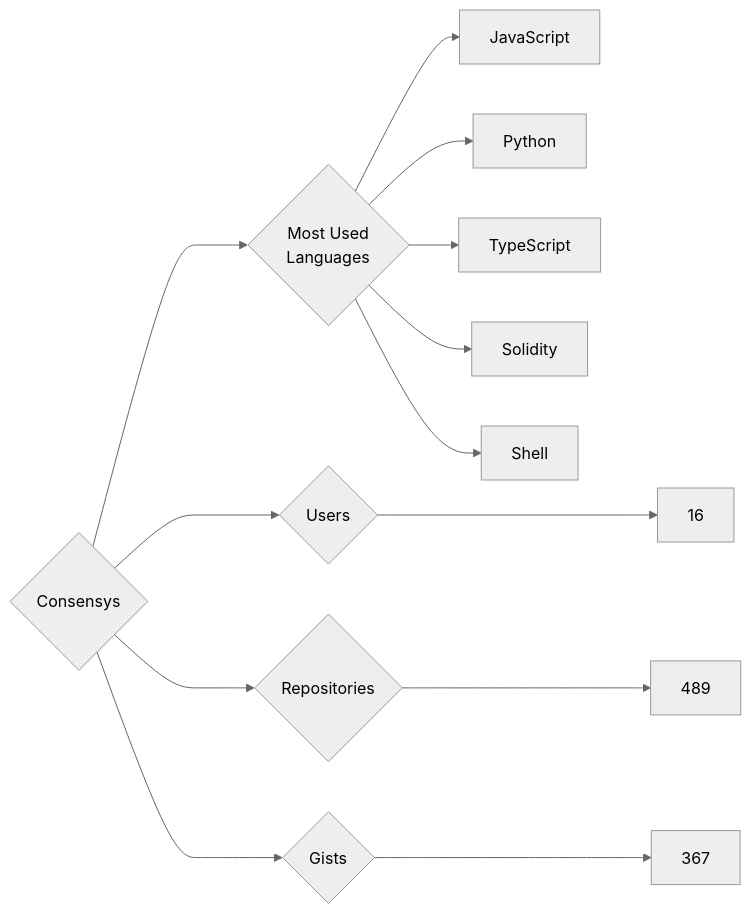
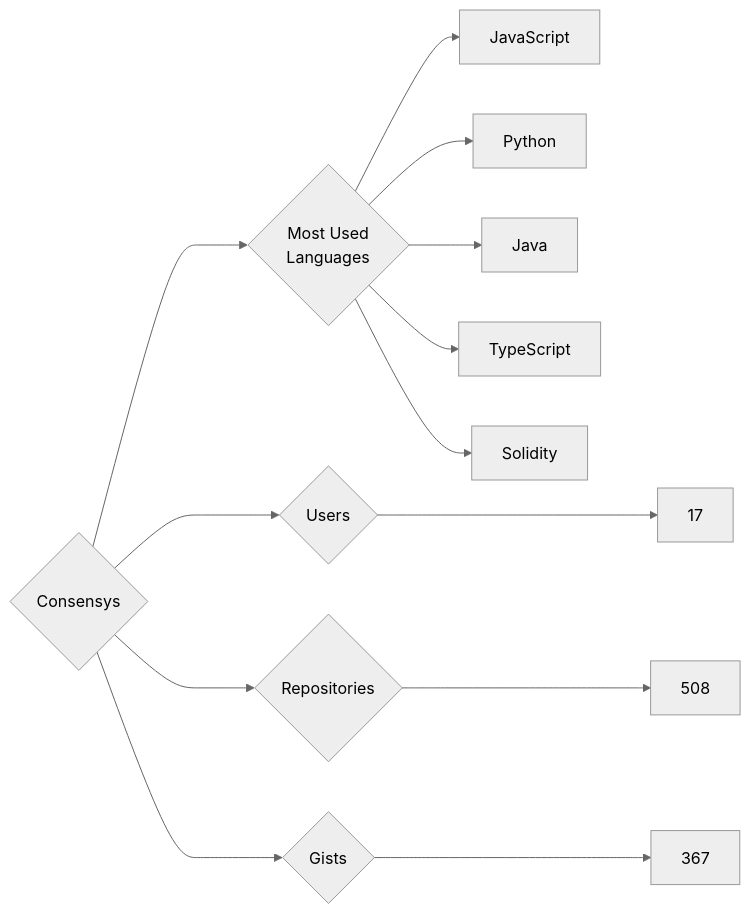
The diagram in targets/Consensys/README.md (trickest/insiders), drawn with Mermaid (neutral theme) before and after one commit. The commit also changed 681 other files, not shown here.

````diff
--- a/targets/Consensys/README.md
+++ b/targets/Consensys/README.md
@@ -3,13 +3,13 @@
 ```mermaid
 graph LR
 COMPANY_NAME{Consensys}
-COMPANY_NAME ---> U{Users} ---> UN[16]
-COMPANY_NAME ---> R{Repositories} ---> RN[489]
+COMPANY_NAME ---> U{Users} ---> UN[17]
+COMPANY_NAME ---> R{Repositories} ---> RN[508]
 COMPANY_NAME ---> G{Gists} ---> GN[367]
 COMPANY_NAME ---> ML{Most Used<br>Languages}
 ML --> JavaScript[JavaScript]
 ML --> Python[Python]
+ML --> Java[Java]
 ML --> TypeScript[TypeScript]
 ML --> Solidity[Solidity]
-ML --> Shell[Shell]
 ```
````
